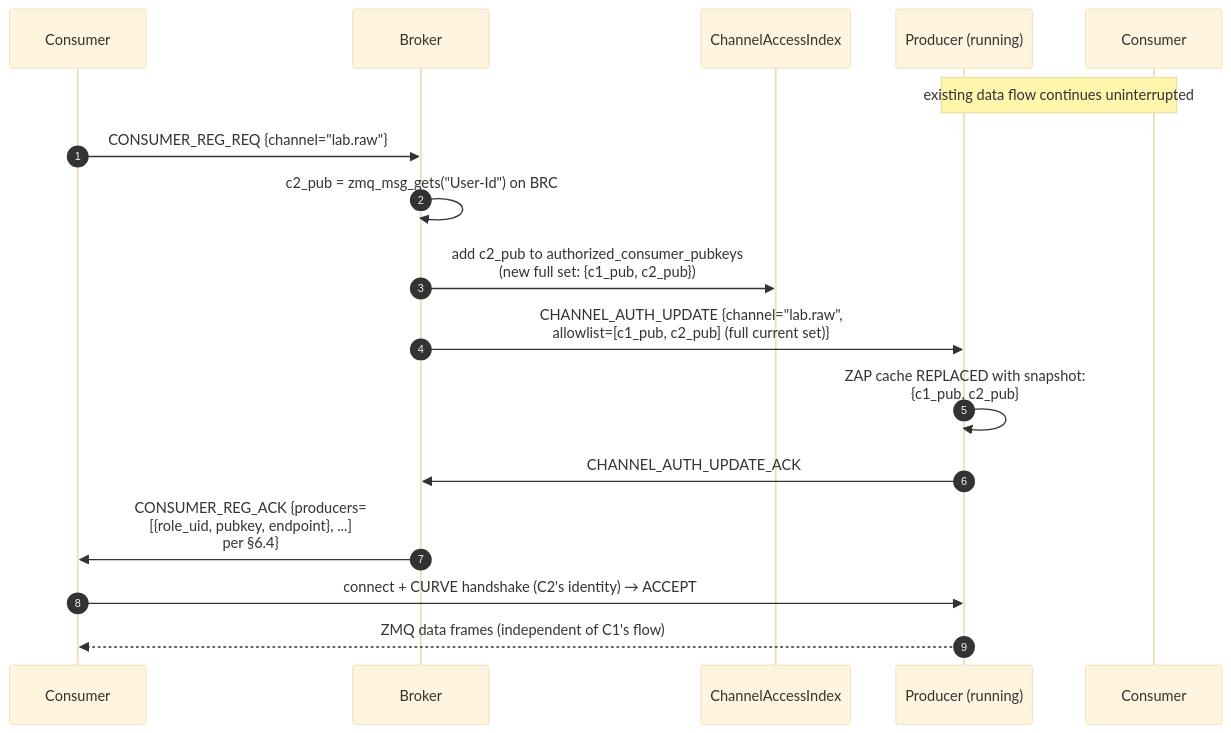
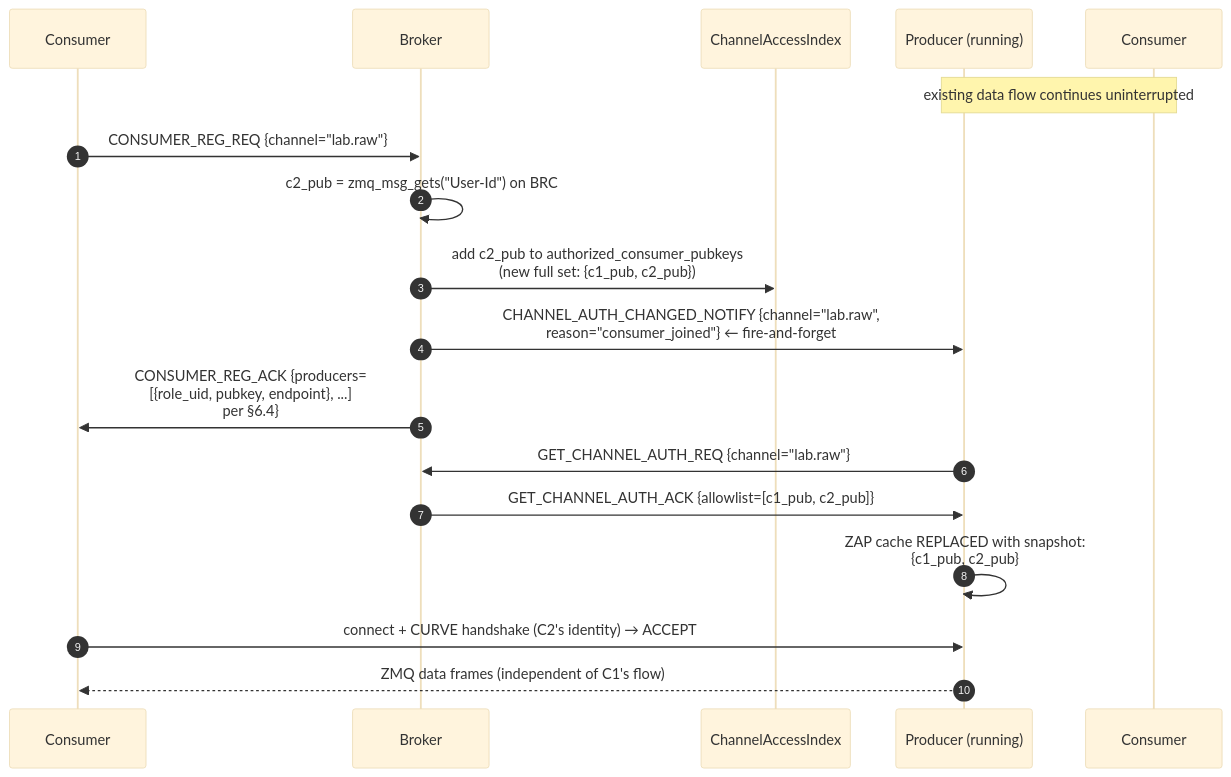
One commit to Qing-LAB/pylabhub changed the fifth of 11 diagrams in docs/HEP/HEP-CORE-0036-Authenticated-Connection-Establishment.md. Above: the diagram before and after it, drawn with Mermaid (base theme). The commit also changed other lines of this file and 1 other file, not shown here.

````diff
--- a/docs/HEP/HEP-CORE-0036-Authenticated-Connection-Establishment.md
+++ b/docs/HEP/HEP-CORE-0036-Authenticated-Connection-Establishment.md
@@ -796,21 +824,22 @@
 ```mermaid
 sequenceDiagram
     autonumber
     participant C2 as Consumer #2 (new)
     participant B as Broker
     participant AI as ChannelAccessIndex
     participant P as Producer (running)
     participant C1 as Consumer #1<br/>(already Authorized)
 
     Note over P,C1: existing data flow continues uninterrupted
 
     C2->>B: CONSUMER_REG_REQ {channel="lab.raw"}
     B->>B: c2_pub = zmq_msg_gets("User-Id") on BRC
     B->>AI: add c2_pub to authorized_consumer_pubkeys<br/>(new full set: {c1_pub, c2_pub})
-    B->>P: CHANNEL_AUTH_UPDATE {channel="lab.raw",<br/>allowlist=[c1_pub, c2_pub] (full current set)}
+    B->>P: CHANNEL_AUTH_CHANGED_NOTIFY {channel="lab.raw",<br/>reason="consumer_joined"}  ← fire-and-forget
+    B->>C2: CONSUMER_REG_ACK {producers=<br/>[{role_uid, pubkey, endpoint}, ...]<br/>per §6.4}
+    P->>B: GET_CHANNEL_AUTH_REQ {channel="lab.raw"}
+    B->>P: GET_CHANNEL_AUTH_ACK {allowlist=[c1_pub, c2_pub]}
     P->>P: ZAP cache REPLACED with snapshot:<br/>{c1_pub, c2_pub}
-    P->>B: CHANNEL_AUTH_UPDATE_ACK
-    B->>C2: CONSUMER_REG_ACK {producers=<br/>[{role_uid, pubkey, endpoint}, ...]<br/>per §6.4}
     C2->>P: connect + CURVE handshake (C2's identity) → ACCEPT
     P-->>C2: ZMQ data frames (independent of C1's flow)
 ```
````
